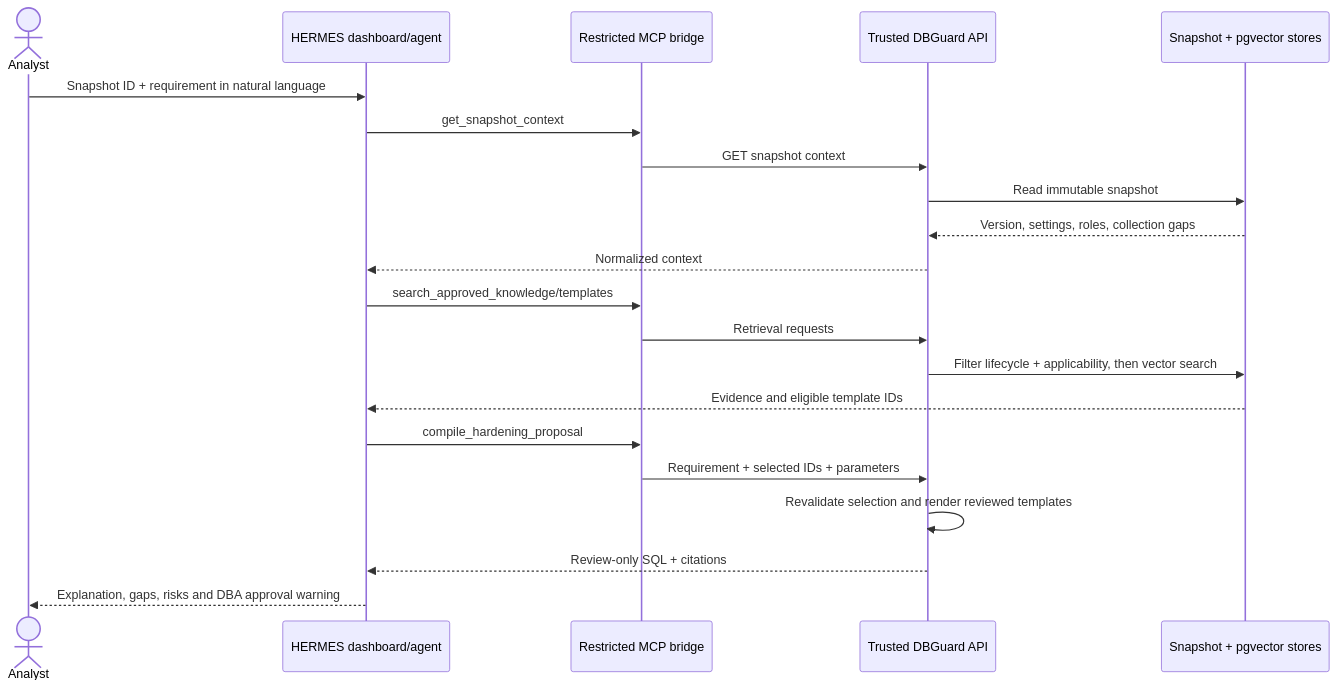
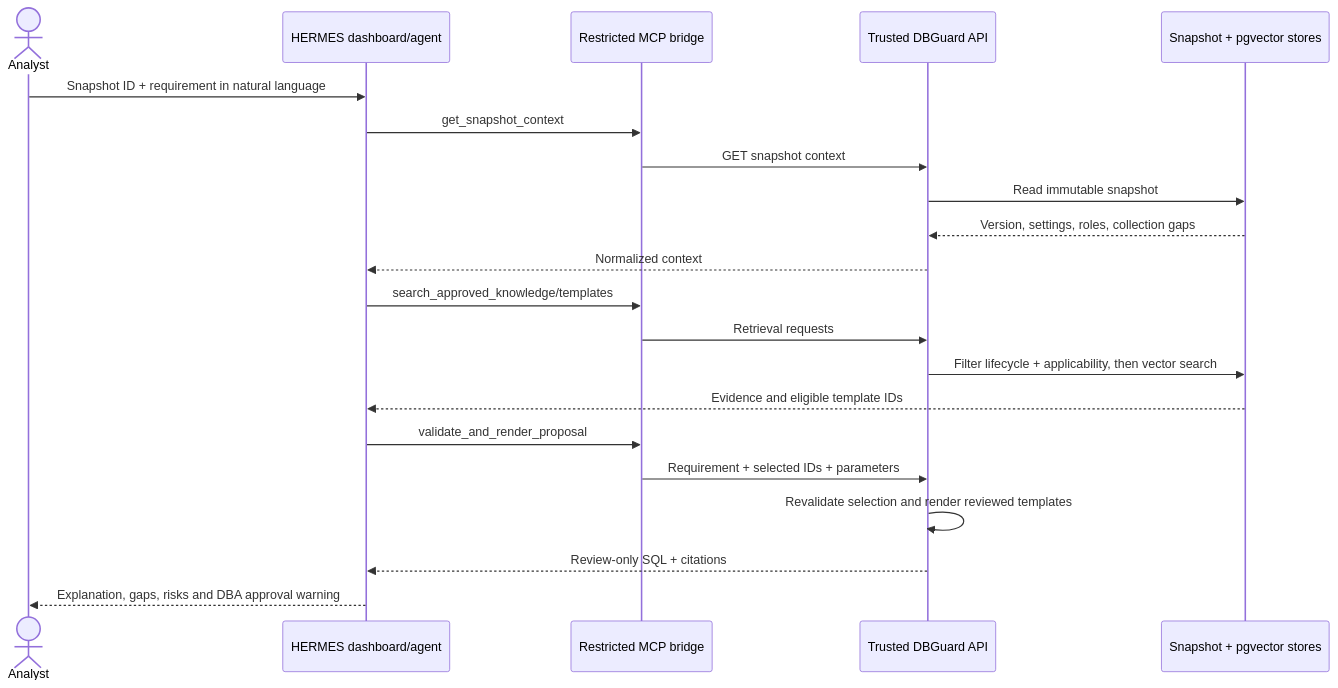
The third of 5 diagrams in ARCHITECTURE.md (xylonc/DBGuard_AI), drawn with Mermaid before and after one commit. The commit also changed other lines of this file and 7 other files, not shown here.

Commit message:
fix(hermes): align MCP allowlist and skill with validate_and_render_proposal

````diff
--- a/ARCHITECTURE.md
+++ b/ARCHITECTURE.md
@@ -223,24 +222,24 @@
 ```mermaid
 sequenceDiagram
     actor Analyst
     participant H as HERMES dashboard/agent
     participant M as Restricted MCP bridge
     participant A as Trusted DBGuard API
     participant D as Snapshot + pgvector stores
 
     Analyst->>H: Snapshot ID + requirement in natural language
     H->>M: get_snapshot_context
     M->>A: GET snapshot context
     A->>D: Read immutable snapshot
     D-->>A: Version, settings, roles, collection gaps
     A-->>H: Normalized context
     H->>M: search_approved_knowledge/templates
     M->>A: Retrieval requests
     A->>D: Filter lifecycle + applicability, then vector search
     D-->>H: Evidence and eligible template IDs
-    H->>M: compile_hardening_proposal
+    H->>M: validate_and_render_proposal
     M->>A: Requirement + selected IDs + parameters
     A->>A: Revalidate selection and render reviewed templates
     A-->>H: Review-only SQL + citations
     H-->>Analyst: Explanation, gaps, risks and DBA approval warning
 ```
````
